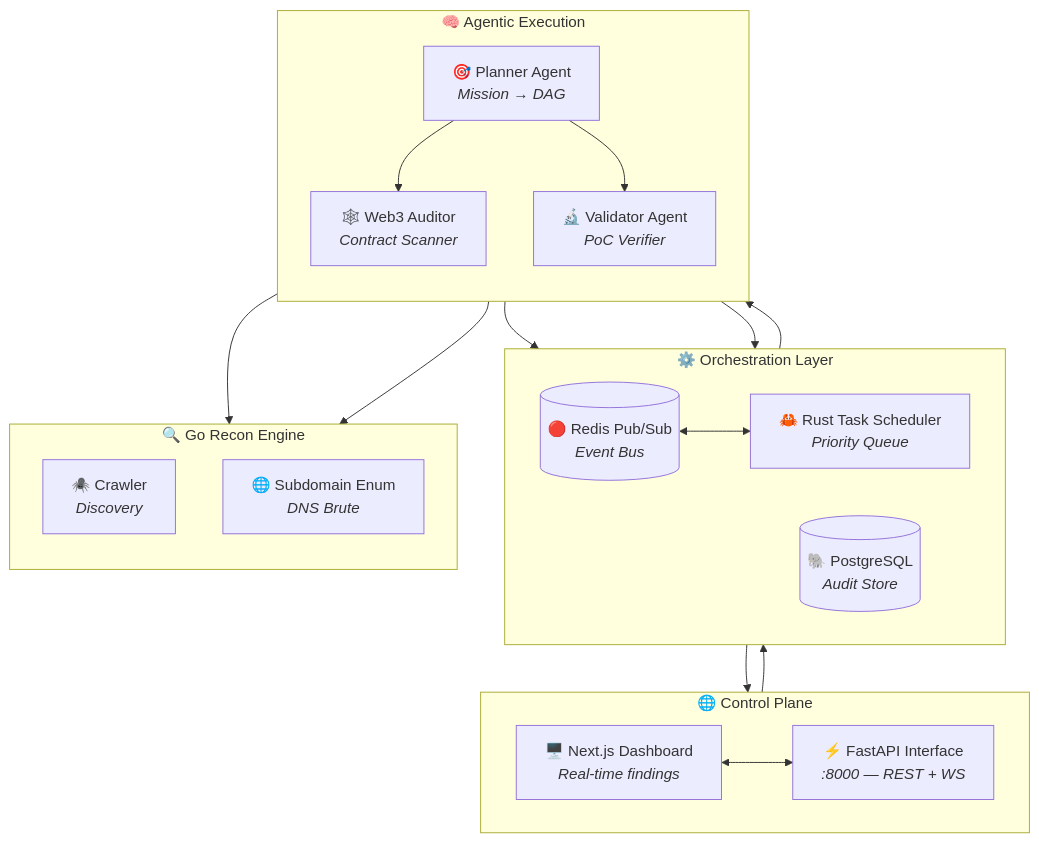
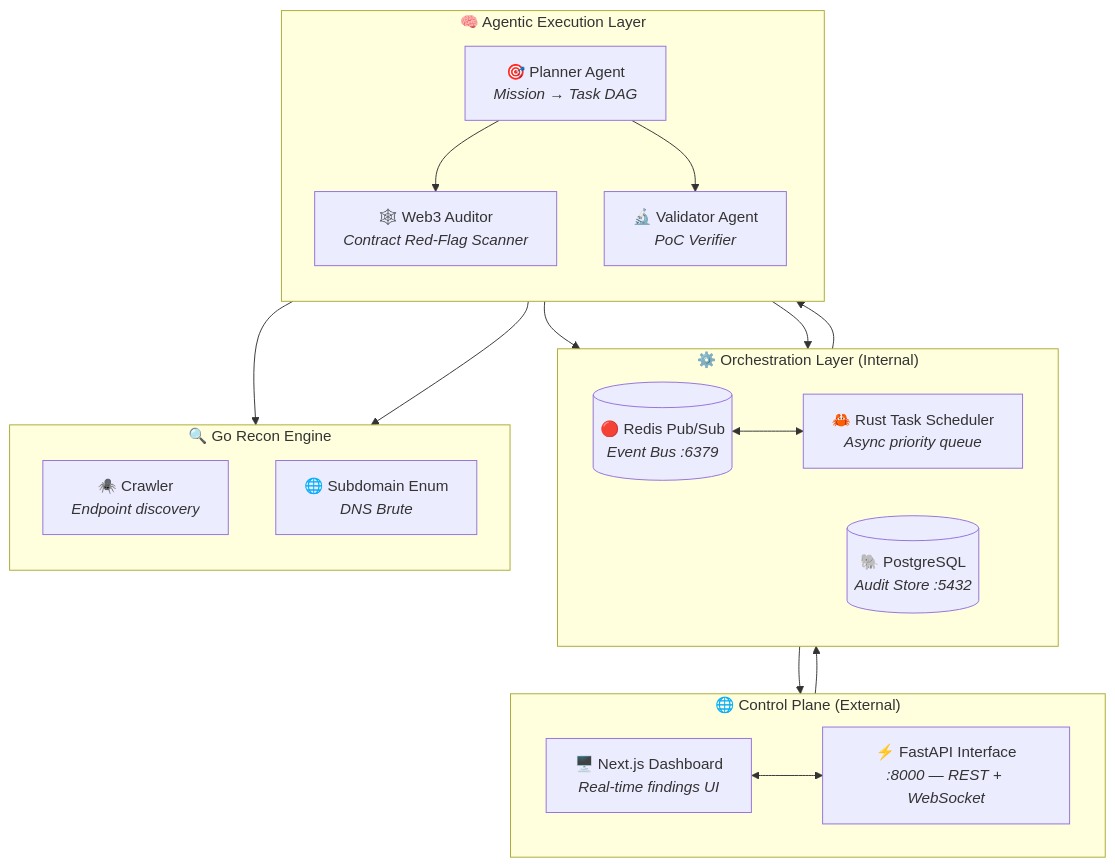
Before and after one commit to gl1tch0x1/cog-ai: the first of 3 diagrams in README.md, drawn with Mermaid. The commit also changed other lines of this file, not shown here.

````diff
--- a/README.md
+++ b/README.md
@@ -86,40 +88,40 @@
 ```mermaid
 graph TB
-    subgraph EXTERNAL["🌐 Control Plane"]
+    subgraph EXTERNAL["🌐 Control Plane (External)"]
         direction LR
-        UI["🖥️ Next.js Dashboard<br/><i>Real-time findings</i>"]
-        API["⚡ FastAPI Interface<br/><i>:8000 — REST + WS</i>"]
+        UI["🖥️ Next.js Dashboard<br/><i>Real-time findings UI</i>"]
+        API["⚡ FastAPI Interface<br/><i>:8000 — REST + WebSocket</i>"]
     end
 
-    subgraph ORCHESTRATION["⚙️ Orchestration Layer"]
+    subgraph ORCHESTRATION["⚙️ Orchestration Layer (Internal)"]
         direction LR
-        REDIS[("🔴 Redis Pub/Sub<br/><i>Event Bus</i>")]
-        RUST["🦀 Rust Task Scheduler<br/><i>Priority Queue</i>"]
-        DB[("🐘 PostgreSQL<br/><i>Audit Store</i>")]
+        REDIS[("🔴 Redis Pub/Sub<br/><i>Event Bus :6379</i>")]
+        RUST["🦀 Rust Task Scheduler<br/><i>Async priority queue</i>"]
+        DB[("🐘 PostgreSQL<br/><i>Audit Store :5432</i>")]
     end
 
-    subgraph AGENTS["🧠 Agentic Execution"]
+    subgraph AGENTS["🧠 Agentic Execution Layer"]
         direction TB
-        PLANNER["🎯 Planner Agent<br/><i>Mission → DAG</i>"]
-        WEB3["🕸️ Web3 Auditor<br/><i>Contract Scanner</i>"]
+        PLANNER["🎯 Planner Agent<br/><i>Mission → Task DAG</i>"]
+        WEB3["🕸️ Web3 Auditor<br/><i>Contract Red-Flag Scanner</i>"]
         VALIDATOR["🔬 Validator Agent<br/><i>PoC Verifier</i>"]
     end
 
     subgraph RECON["🔍 Go Recon Engine"]
         direction TB
-        CRAWL["🕷️ Crawler<br/><i>Discovery</i>"]
+        CRAWL["🕷️ Crawler<br/><i>Endpoint discovery</i>"]
         SUB["🌐 Subdomain Enum<br/><i>DNS Brute</i>"]
     end
 
     UI <--> API
     API --> REDIS
     REDIS <--> RUST
     RUST --> PLANNER
     PLANNER --> WEB3
     PLANNER --> VALIDATOR
     PLANNER --> CRAWL
     PLANNER --> SUB
     VALIDATOR --> DB
     WEB3 --> DB
     DB --> API
 ```
````
